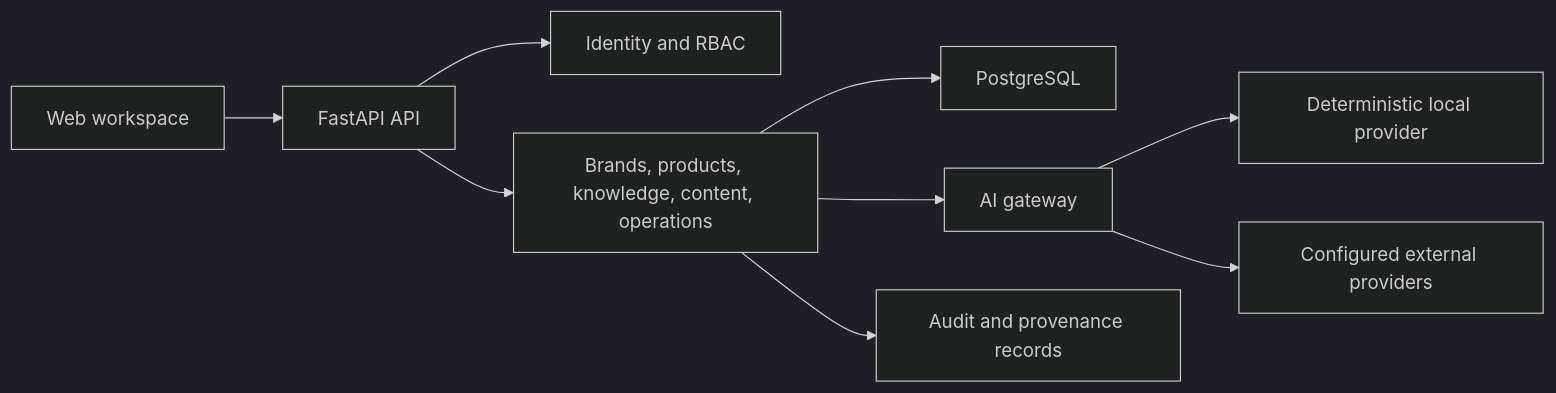
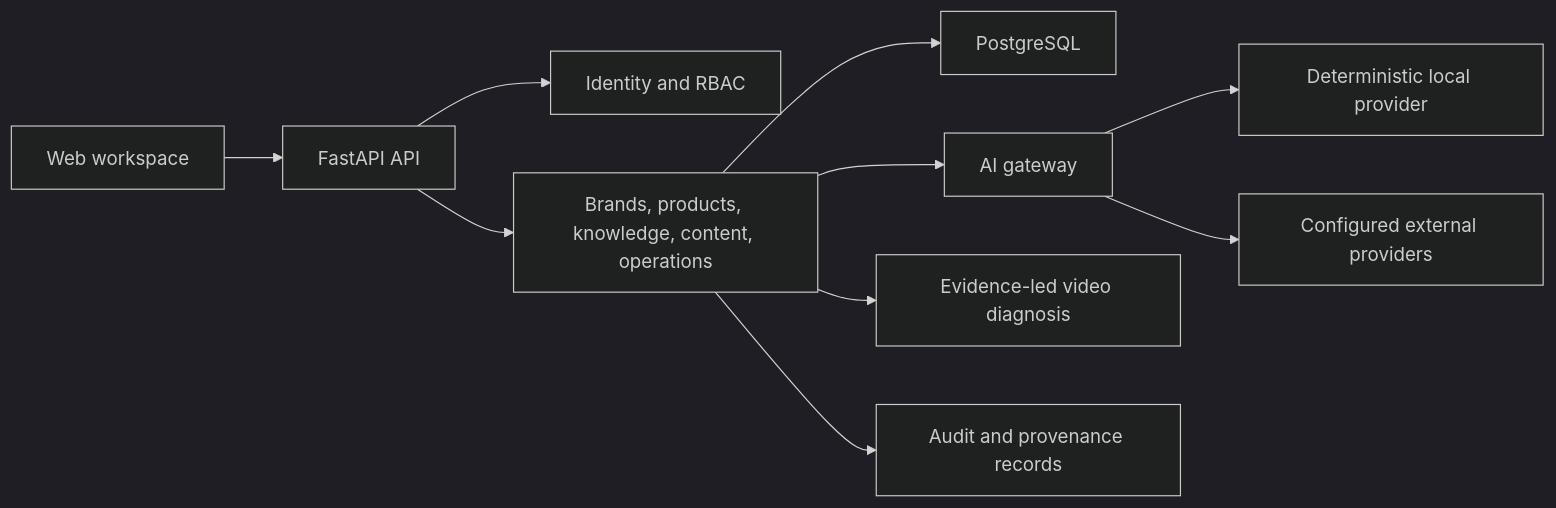
One commit to KayZhongyi/heyu-ai changed the diagram in docs/architecture.md. Above: the diagram before and after it, drawn with Mermaid (dark theme). The commit also changed 10 other files, not shown here.

Commit message:
feat: add structured video diagnosis reports

````diff
--- a/docs/architecture.md
+++ b/docs/architecture.md
@@ -19,11 +19,12 @@
 ```mermaid
 flowchart LR
   Web["Web workspace"] --> API["FastAPI API"]
   API --> Auth["Identity and RBAC"]
   API --> Domain["Brands, products, knowledge, content, operations"]
   Domain --> DB["PostgreSQL"]
   Domain --> Gateway["AI gateway"]
+  Domain --> Diagnosis["Evidence-led video diagnosis"]
   Gateway --> Mock["Deterministic local provider"]
   Gateway --> Providers["Configured external providers"]
   Domain --> Audit["Audit and provenance records"]
 ```
````
